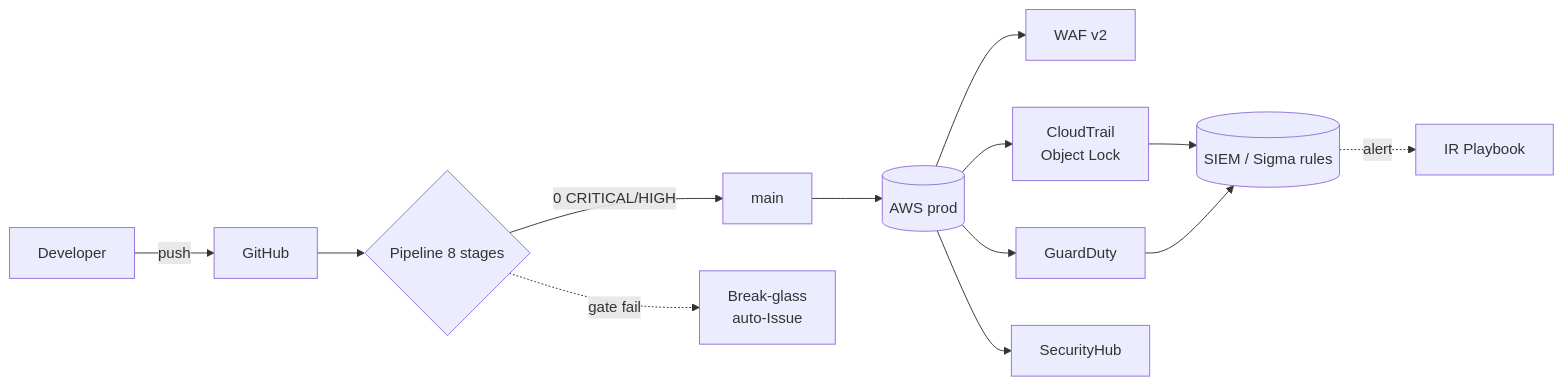
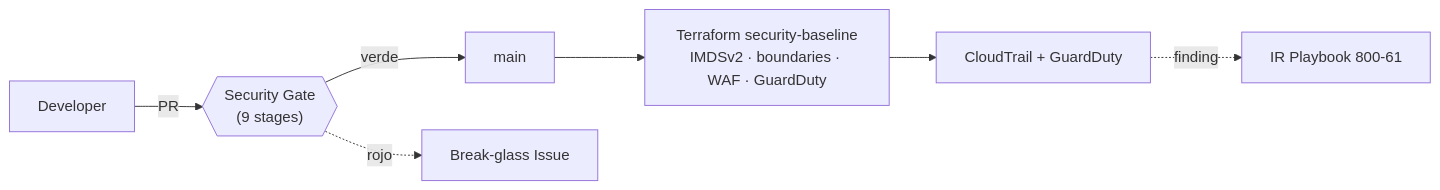
The diagram in README.md (Juan1202/fleetsec-secops), drawn with Mermaid before and after one commit. The commit also changed other lines of this file, not shown here.

First line of the commit message:
docs: rewrite main README with system narrative and real statuses FSEC-27

````diff
--- a/README.md
+++ b/README.md
@@ -80,15 +110,9 @@
 ```mermaid
 flowchart LR
-    DEV[Developer] -->|push| GH[GitHub]
-    GH --> CI{Pipeline 8 stages}
-    CI -->|0 CRITICAL/HIGH| DEPLOY[main]
-    CI -.->|gate fail| BG[Break-glass<br/>auto-Issue]
-    DEPLOY --> AWS[(AWS prod)]
-    AWS --> WAF[WAF v2]
-    AWS --> CT[CloudTrail<br/>Object Lock]
-    AWS --> GD[GuardDuty]
-    AWS --> SH[SecurityHub]
-    CT --> SIEM[(SIEM / Sigma rules)]
-    GD --> SIEM
-    SIEM -.->|alert| IR[IR Playbook]
+  DEV[Developer] -->|PR| CI{{"Security Gate<br/>(9 stages)"}}
+  CI -->|verde| MAIN[main]
+  CI -.->|rojo| BG[Break-glass Issue]
+  MAIN --> BASE["Terraform security-baseline<br/>IMDSv2 · boundaries · WAF · GuardDuty"]
+  BASE --> DET[CloudTrail + GuardDuty]
+  DET -.->|finding| IR[IR Playbook 800-61]
 ```
````
